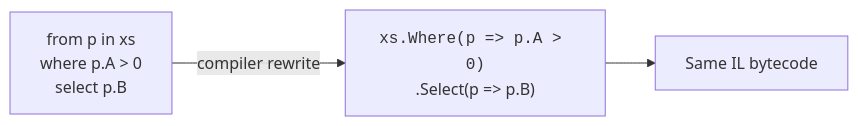
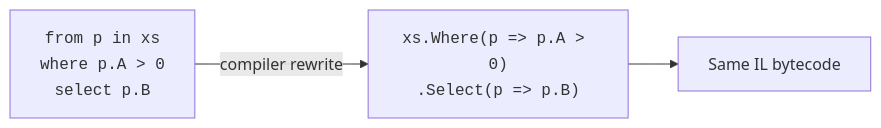
One commit to dataslope/dataslope changed the diagram in content/learn/csharp-linq-functional/query-vs-method-syntax.mdx. Above: the diagram before and after it, drawn with Mermaid. The commit also changed 56 other files, not shown here.

````diff
--- a/content/learn/csharp-linq-functional/query-vs-method-syntax.mdx
+++ b/content/learn/csharp-linq-functional/query-vs-method-syntax.mdx
@@ -52,6 +52,6 @@
 ```mermaid
 flowchart LR
-    Q["from p in xs<br/>where p.A &gt; 0<br/>select p.B"]
-      -->|compiler rewrite| M["<code>xs.Where(p =&gt; p.A &gt; 0)</code><br/>.Select(p =&gt; p.B)"]
+    Q["<code>from p in xs<br/>where p.A &gt; 0<br/>select p.B</code>"]
+      -->|compiler rewrite| M["<code>xs.Where(p =&gt; p.A &gt; 0)</code><br/><code>.Select(p =&gt; p.B)</code>"]
     M --> IL[Same IL bytecode]
 ```
````
